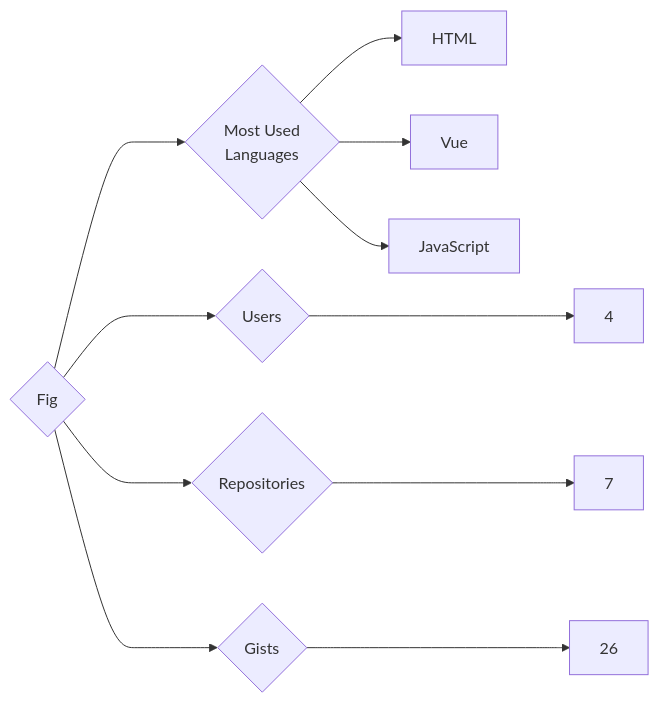
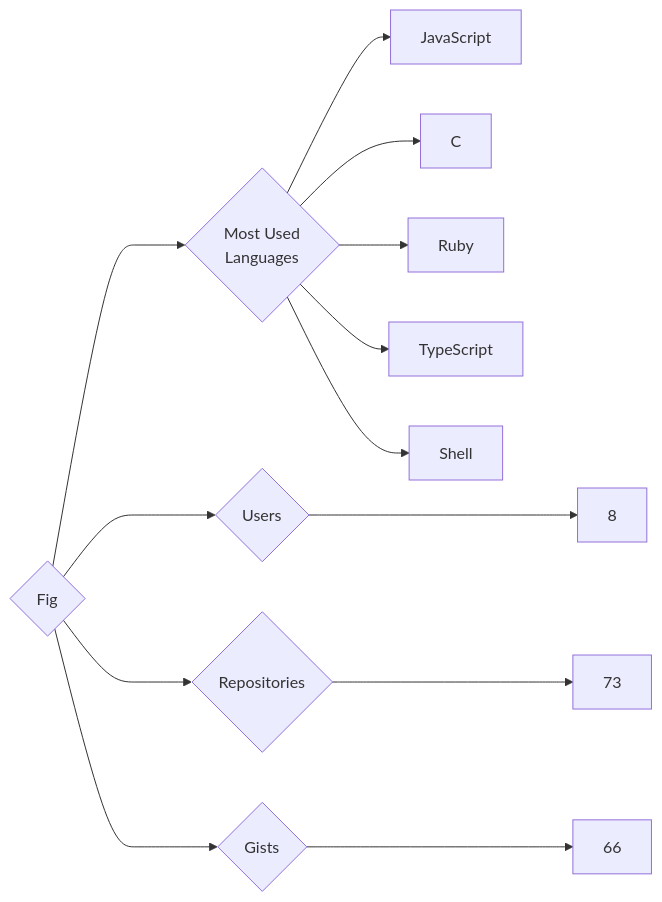
One commit to trickest/insiders changed the diagram in targets/Fig/README.md. Above: the diagram before and after it, drawn with Mermaid. The commit also changed 840 other files, not shown here.

````diff
--- a/targets/Fig/README.md
+++ b/targets/Fig/README.md
@@ -3,11 +3,13 @@
 ```mermaid
 graph LR
 COMPANY_NAME{Fig}
-COMPANY_NAME ---> U{Users} ---> UN[4]
-COMPANY_NAME ---> R{Repositories} ---> RN[7]
-COMPANY_NAME ---> G{Gists} ---> GN[26]
+COMPANY_NAME ---> U{Users} ---> UN[8]
+COMPANY_NAME ---> R{Repositories} ---> RN[73]
+COMPANY_NAME ---> G{Gists} ---> GN[66]
 COMPANY_NAME ---> ML{Most Used<br>Languages}
-ML --> HTML[HTML]
-ML --> Vue[Vue]
 ML --> JavaScript[JavaScript]
+ML --> C[C]
+ML --> Ruby[Ruby]
+ML --> TypeScript[TypeScript]
+ML --> Shell[Shell]
 ```
````
